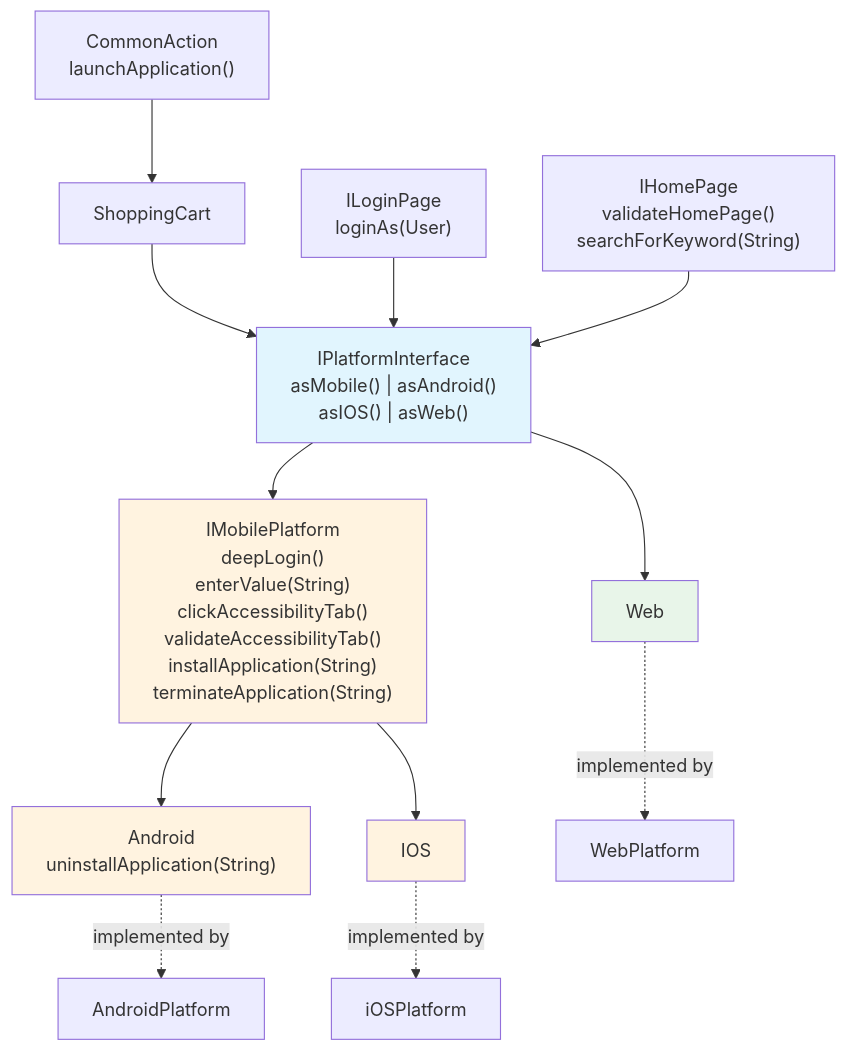
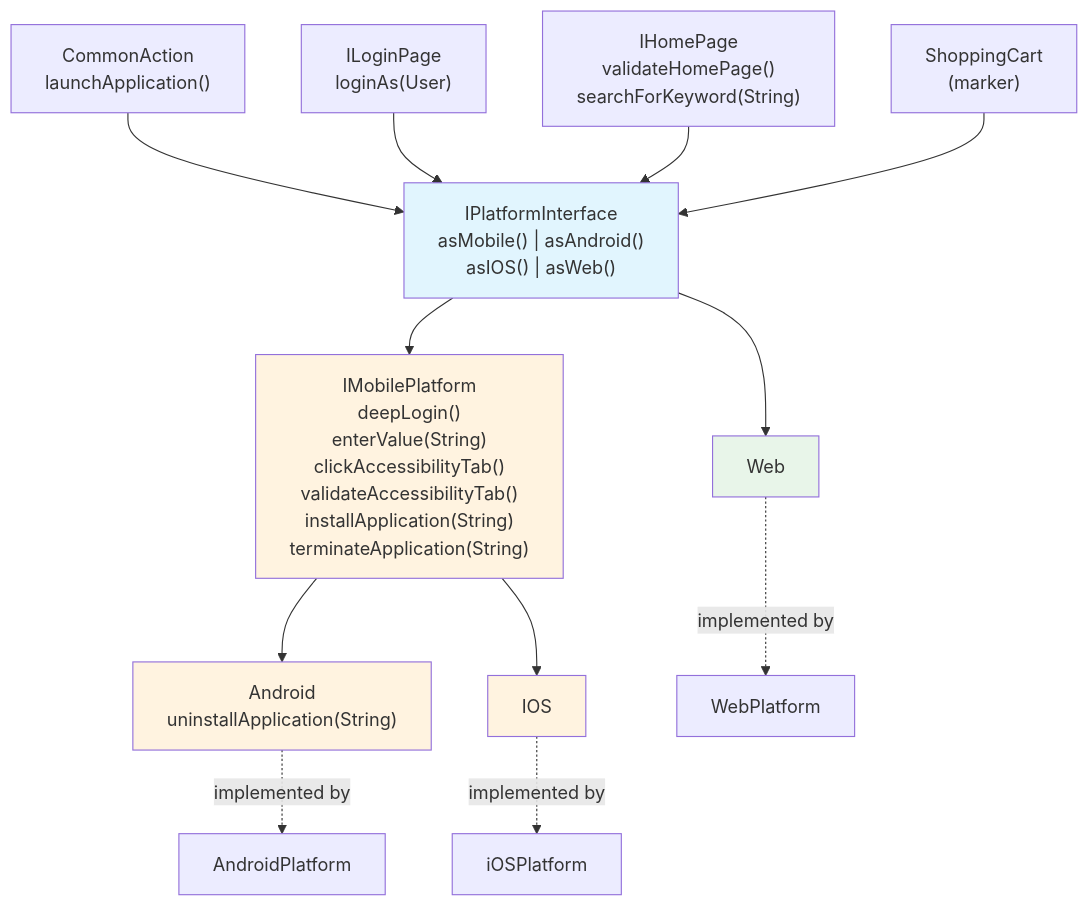
Before and after one commit to Vijay-Durairaj/SeleniumFramework: the first of 3 diagrams in README.md, drawn with Mermaid. The commit also changed other lines of this file and 1 other file, not shown here.

````diff
--- a/README.md
+++ b/README.md
@@ -134,30 +134,30 @@
 ```mermaid
 flowchart TD
     CA["CommonAction\nlaunchApplication()"]
     ILP["ILoginPage\nloginAs(User)"]
     IHP["IHomePage\nvalidateHomePage()\nsearchForKeyword(String)"]
-    SC["ShoppingCart"]
+    SC["ShoppingCart\n(marker)"]
 
-    CA --> SC
-    SC --> IPI
+    CA --> IPI
     ILP --> IPI
     IHP --> IPI
+    SC --> IPI
 
     IPI["IPlatformInterface\nasMobile() | asAndroid()\nasIOS() | asWeb()"]
 
     IPI --> WEB["Web"]
     IPI --> IMP["IMobilePlatform\ndeepLogin()\nenterValue(String)\nclickAccessibilityTab()\nvalidateAccessibilityTab()\ninstallApplication(String)\nterminateApplication(String)"]
 
     IMP --> AND["Android\nuninstallApplication(String)"]
     IMP --> IOS["IOS"]
 
     WEB -.->|implemented by| WP["WebPlatform"]
     AND -.->|implemented by| AP["AndroidPlatform"]
     IOS -.->|implemented by| IP["iOSPlatform"]
 
     style IPI fill:#e1f5fe
     style IMP fill:#fff3e0
     style WEB fill:#e8f5e9
     style AND fill:#fff3e0
     style IOS fill:#fff3e0
 ```
````
